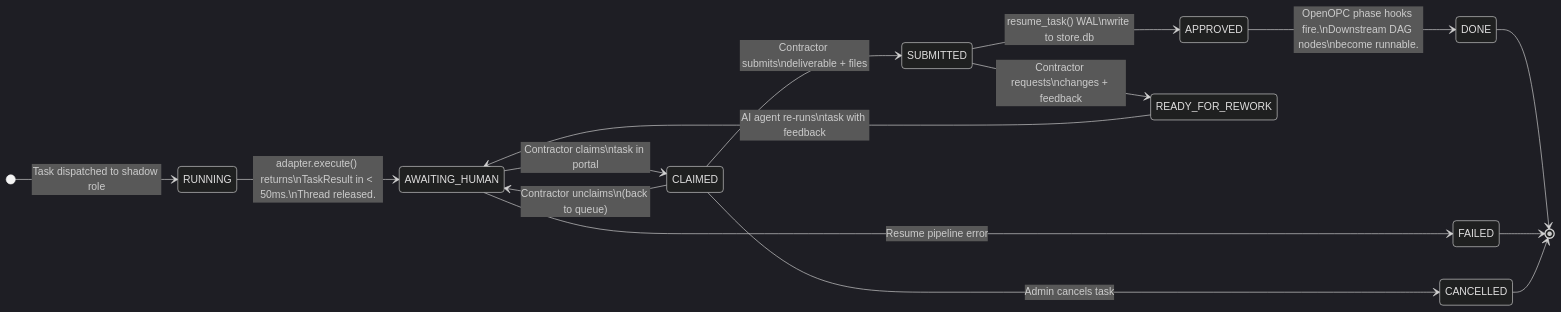
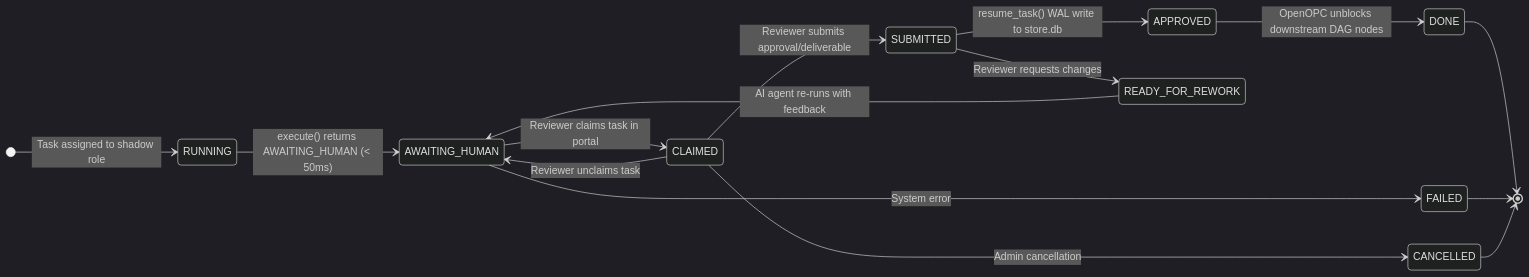
One commit to AhmadHassan-BTed/OpenOPC-Shadow-Adapter changed the third of 4 diagrams in README.md. Above: the diagram before and after it, drawn with Mermaid (dark theme). The commit also changed other lines of this file, not shown here.

````diff
--- a/README.md
+++ b/README.md
@@ -286,29 +184,21 @@
 ```mermaid
 stateDiagram-v2
     direction LR
 
-    [*] --> RUNNING : Task dispatched to shadow role
+    [*] --> RUNNING : Task assigned to shadow role
+    RUNNING --> AWAITING_HUMAN : execute() returns AWAITING_HUMAN (< 50ms)
+    AWAITING_HUMAN --> CLAIMED : Reviewer claims task in portal
+    CLAIMED --> AWAITING_HUMAN : Reviewer unclaims task
+    CLAIMED --> SUBMITTED : Reviewer submits approval/deliverable
+    SUBMITTED --> APPROVED : resume_task() WAL write to store.db
+    SUBMITTED --> READY_FOR_REWORK : Reviewer requests changes
+    READY_FOR_REWORK --> AWAITING_HUMAN : AI agent re-runs with feedback
+    APPROVED --> DONE : OpenOPC unblocks downstream DAG nodes
 
-    RUNNING --> AWAITING_HUMAN : adapter.execute() returns\nTaskResult in < 50ms.\nThread released.
-
-    AWAITING_HUMAN --> CLAIMED : Contractor claims\ntask in portal
-
-    CLAIMED --> AWAITING_HUMAN : Contractor unclaims\n(back to queue)
-
-    CLAIMED --> SUBMITTED : Contractor submits\ndeliverable + files
-
-    SUBMITTED --> APPROVED : resume_task() WAL\nwrite to store.db
-
-    SUBMITTED --> READY_FOR_REWORK : Contractor requests\nchanges + feedback
-
-    READY_FOR_REWORK --> AWAITING_HUMAN : AI agent re-runs\ntask with feedback
-
-    APPROVED --> DONE : OpenOPC phase hooks fire.\nDownstream DAG nodes\nbecome runnable.
-
-    AWAITING_HUMAN --> FAILED : Resume pipeline error
-    CLAIMED --> CANCELLED : Admin cancels task
+    AWAITING_HUMAN --> FAILED : System error
+    CLAIMED --> CANCELLED : Admin cancellation
 
     DONE --> [*]
     FAILED --> [*]
     CANCELLED --> [*]
 ```
````
